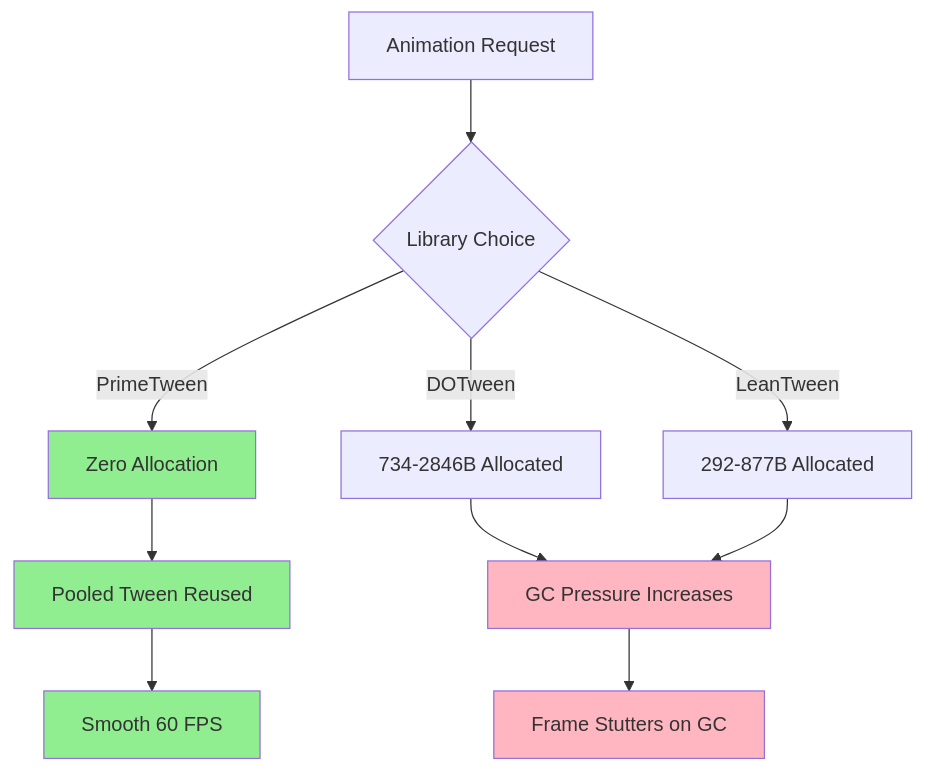
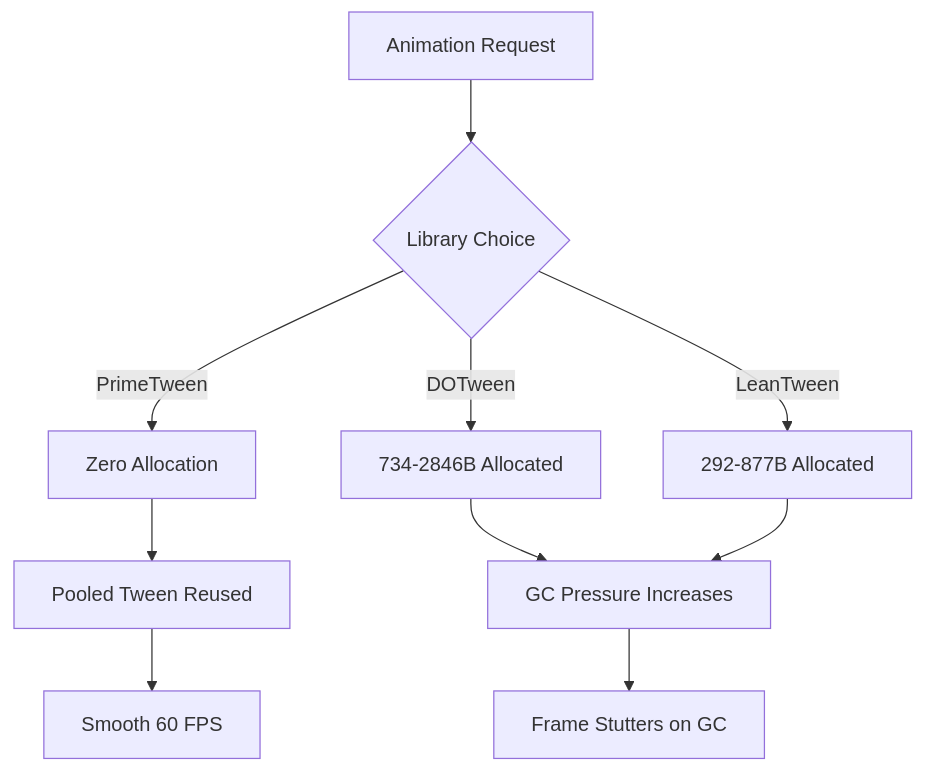
Before and after one commit to wallstop/unity-tips: the first of 3 diagrams in docs/primetween/02-why-primetween.md, drawn with Mermaid. The commit also changed other lines of this file and 27 other files, not shown here.

Commit message:
Convert ASCII diagrams to Mermaid format (#30)

````diff
--- a/docs/primetween/02-why-primetween.md
+++ b/docs/primetween/02-why-primetween.md
@@ -266,20 +266,15 @@
 ```mermaid
 graph TD
     A[Animation Request] --> B{Library Choice}
     B -->|PrimeTween| C[Zero Allocation]
     B -->|DOTween| D[734-2846B Allocated]
     B -->|LeanTween| E[292-877B Allocated]
 
     C --> F[Pooled Tween Reused]
     D --> G[GC Pressure Increases]
     E --> G
 
     F --> H[Smooth 60 FPS]
     G --> I[Frame Stutters on GC]
 
-    style C fill:#90EE90
-    style F fill:#90EE90
-    style H fill:#90EE90
-    style G fill:#FFB6C1
-    style I fill:#FFB6C1
 ```
````
